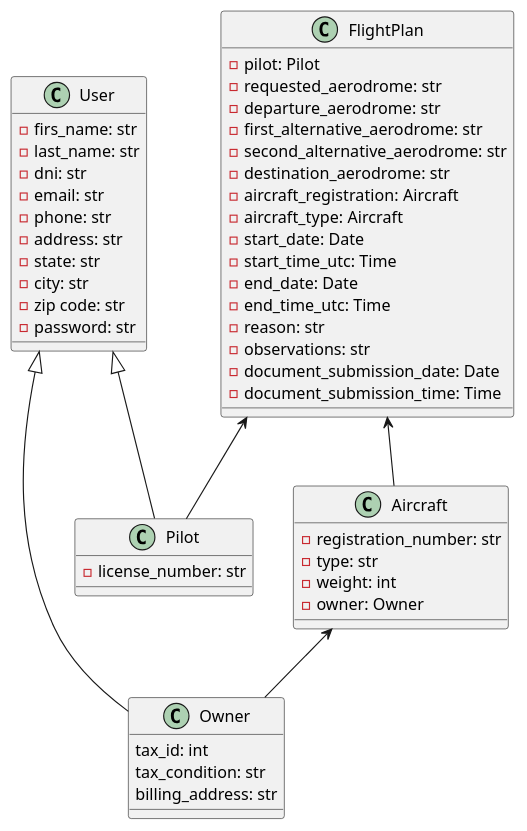
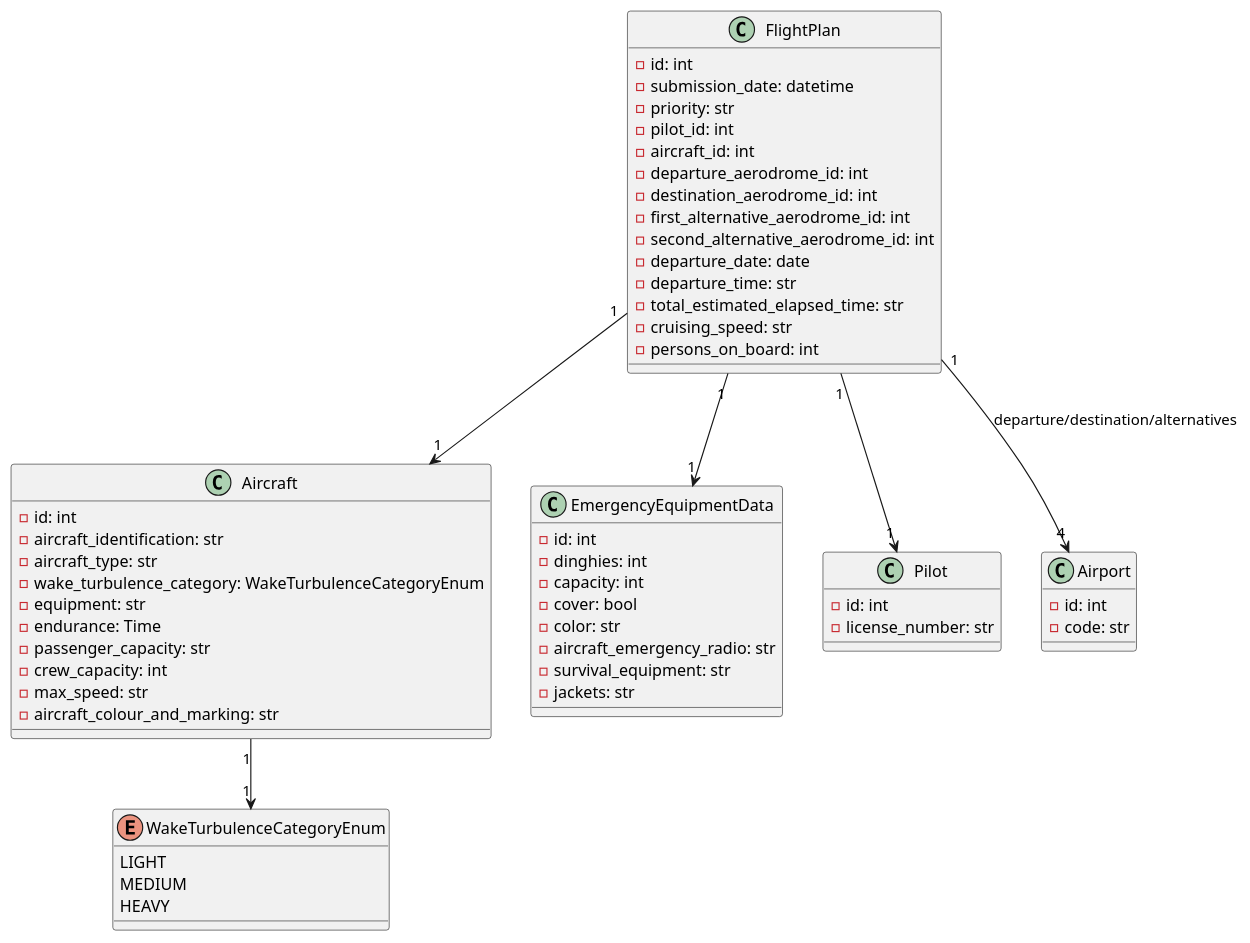
Before and after one commit to Facumerino03/Jetpass: the diagram in docs/class.puml, drawn with PlantUML. The commit also changed 2 other files, not shown here.

Commit message:
Diagramas de clases y secuencias actualizados

```diff
--- a/docs/class.puml
+++ b/docs/class.puml
@@ -1,59 +1,66 @@
 @startuml class
 
-class User {
-    - firs_name: str
-    - last_name: str
-    - dni: str
-    - email: str
-    - phone: str
-    - address: str
-    - state: str
-    - city: str
-    - zip code: str
-    - password: str
+enum WakeTurbulenceCategoryEnum {
+    LIGHT
+    MEDIUM
+    HEAVY
 }
 
-class Pilot extends User {
+class Aircraft {
+    - id: int
+    - aircraft_identification: str
+    - aircraft_type: str
+    - wake_turbulence_category: WakeTurbulenceCategoryEnum
+    - equipment: str
+    - endurance: Time
+    - passenger_capacity: str
+    - crew_capacity: int
+    - max_speed: str
+    - aircraft_colour_and_marking: str
+}
+
+class FlightPlan {
+    - id: int
+    - submission_date: datetime
+    - priority: str
+    - pilot_id: int
+    - aircraft_id: int
+    - departure_aerodrome_id: int
+    - destination_aerodrome_id: int
+    - first_alternative_aerodrome_id: int
+    - second_alternative_aerodrome_id: int
+    - departure_date: date
+    - departure_time: str
+    - total_estimated_elapsed_time: str
+    - cruising_speed: str
+    - persons_on_board: int
+}
+
+class EmergencyEquipmentData {
+    - id: int
+    - dinghies: int
+    - capacity: int
+    - cover: bool
+    - color: str
+    - aircraft_emergency_radio: str
+    - survival_equipment: str
+    - jackets: str
+}
+
+class Pilot {
+    - id: int
     - license_number: str
 }
 
-class Owner extends User{
-    tax_id: int
-    tax_condition: str
-    billing_address: str
+class Airport {
+    - id: int
+    - code: str
 }
 
-class Aircraft {
-    - registration_number: str
-    - type: str
-    - weight: int
-    - owner: Owner
-}
-
-class FlightPlan {
-    - pilot: Pilot
-    - requested_aerodrome: str
-    - departure_aerodrome: str
-    - first_alternative_aerodrome: str
-    - second_alternative_aerodrome: str
-    - destination_aerodrome: str
-    - aircraft_registration: Aircraft
-    - aircraft_type: Aircraft
-    - start_date: Date
-    - start_time_utc: Time
-    - end_date: Date
-    - end_time_utc: Time
-    - reason: str
-    - observations: str
-    - document_submission_date: Date
-    - document_submission_time: Time
-}
-
-
-
-
-Aircraft <-- Owner
-FlightPlan <-- Pilot
-FlightPlan <-- Aircraft
+FlightPlan "1" --> "1" Aircraft
+FlightPlan "1" --> "1" Pilot
+FlightPlan "1" --> "1" EmergencyEquipmentData
+FlightPlan "1" --> "4" Airport: departure/destination/alternatives
+Aircraft "1" --> "1" WakeTurbulenceCategoryEnum
 
 @enduml
```
